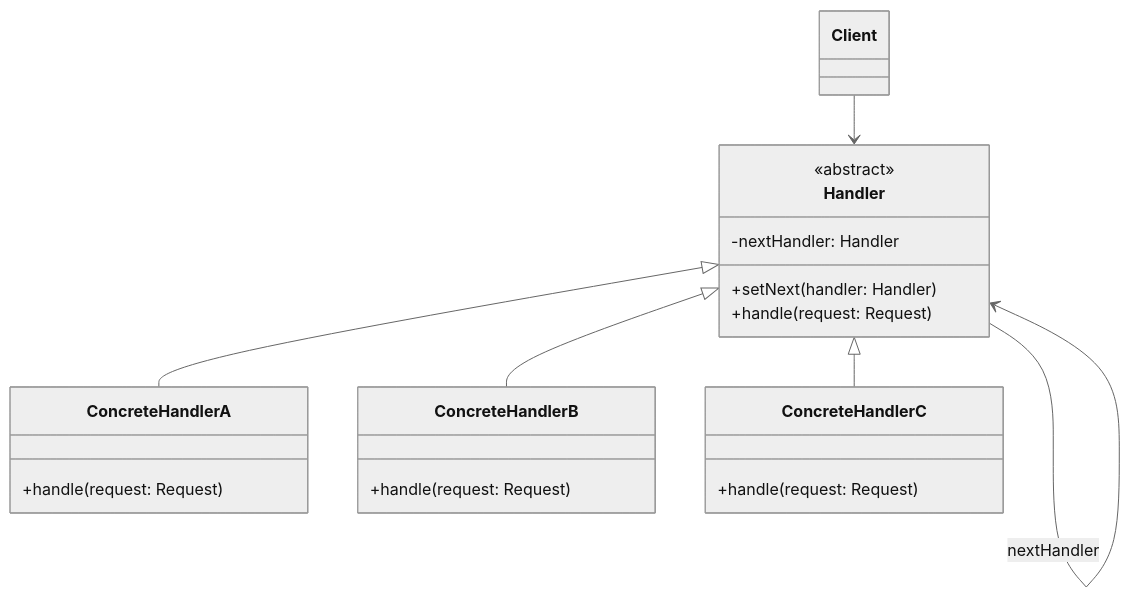
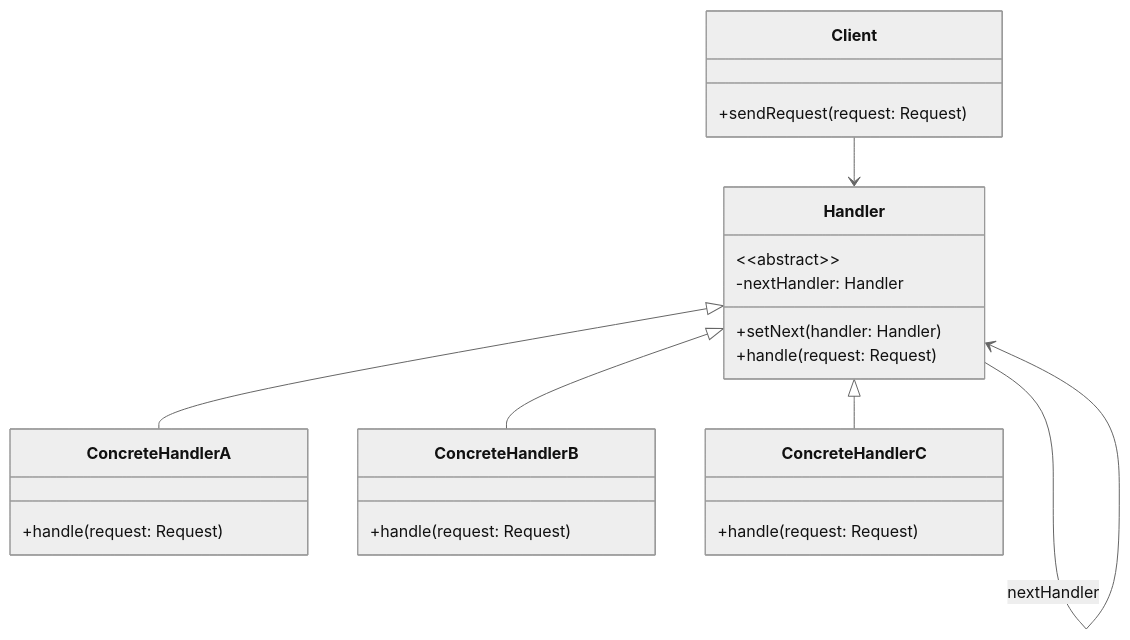
Before and after one commit to AmatsuZero/LastStand: the first of 3 diagrams in content/posts/interview/ios-design/patterns/责任链模式/index.md, drawn with Mermaid (neutral theme). The commit also changed 10 other files, not shown here.

First line of the commit message:
fix: 修复设计模式系列 mermaid classDiagram 尖括号渲染失败

````diff
--- a/content/posts/interview/ios-design/patterns/责任链模式/index.md
+++ b/content/posts/interview/ios-design/patterns/责任链模式/index.md
@@ -115,27 +115,31 @@
 ```mermaid
 classDiagram
     class Handler {
-        <<abstract>>
+        &lt;&lt;abstract&gt;&gt;
         -nextHandler: Handler
         +setNext(handler: Handler)
         +handle(request: Request)
     }
     
     class ConcreteHandlerA {
         +handle(request: Request)
     }
     
     class ConcreteHandlerB {
         +handle(request: Request)
     }
     
     class ConcreteHandlerC {
         +handle(request: Request)
     }
-    
+
+    class Client {
+        +sendRequest(request: Request)
+    }
+
     Handler <|-- ConcreteHandlerA
     Handler <|-- ConcreteHandlerB
     Handler <|-- ConcreteHandlerC
     Handler --> Handler : nextHandler
     Client --> Handler
 ```
````
